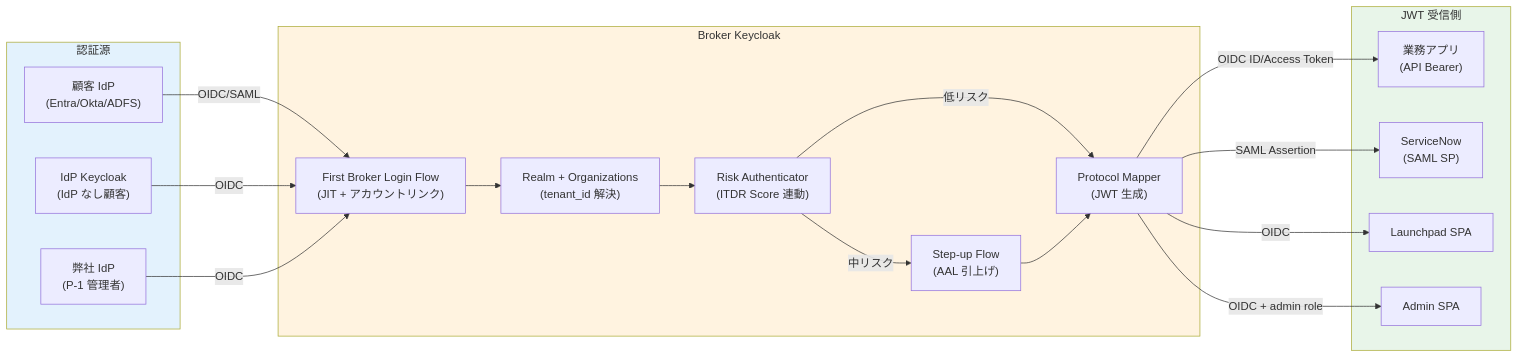
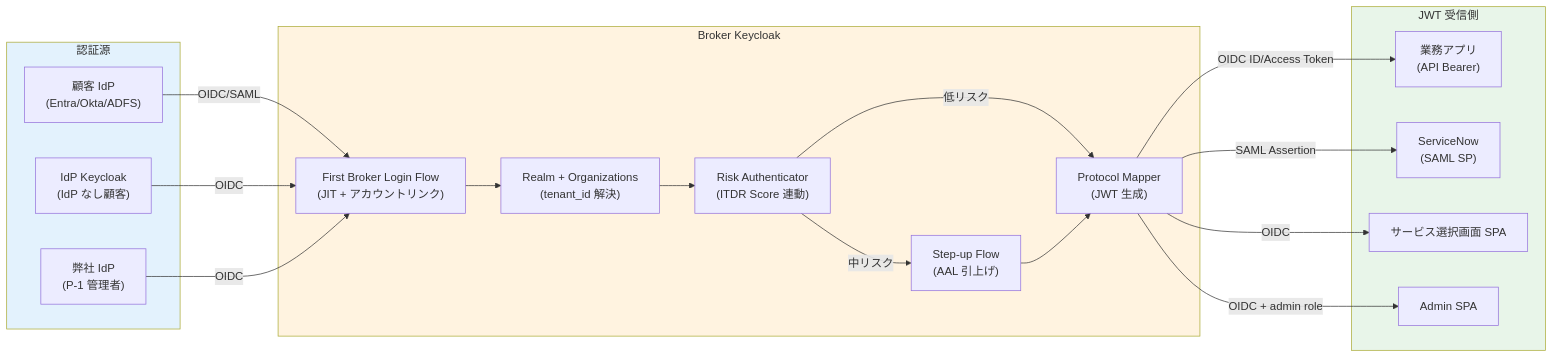
The eighth of 11 diagrams in doc/requirements/proposal/common/07-implementation-architecture.md (suepie/aws-atuh-poc), drawn with Mermaid before and after one commit. The commit also changed other lines of this file and 53 other files, not shown here.

````diff
--- a/doc/requirements/proposal/common/07-implementation-architecture.md
+++ b/doc/requirements/proposal/common/07-implementation-architecture.md
@@ -1613,40 +1611,40 @@
 ```mermaid
 flowchart LR
     subgraph Sources["認証源"]
         ExtIdP["顧客 IdP<br/>(Entra/Okta/ADFS)"]
         IdPKC["IdP Keycloak<br/>(IdP なし顧客)"]
         SocialIdP["弊社 IdP<br/>(P-1 管理者)"]
     end
 
     subgraph Broker["Broker Keycloak"]
         FBL["First Broker Login Flow<br/>(JIT + アカウントリンク)"]
         Realm["Realm + Organizations<br/>(tenant_id 解決)"]
         Mapper["Protocol Mapper<br/>(JWT 生成)"]
         StepUp["Step-up Flow<br/>(AAL 引上げ)"]
         Risk["Risk Authenticator<br/>(ITDR Score 連動)"]
     end
 
     subgraph Outputs["JWT 受信側"]
         App["業務アプリ<br/>(API Bearer)"]
         SN["ServiceNow<br/>(SAML SP)"]
-        LP["Launchpad SPA"]
+        LP["サービス選択画面 SPA"]
         Admin["Admin SPA"]
     end
 
     ExtIdP -->|OIDC/SAML| FBL
     IdPKC -->|OIDC| FBL
     SocialIdP -->|OIDC| FBL
     FBL --> Realm
     Realm --> Risk
     Risk -->|低リスク| Mapper
     Risk -->|中リスク| StepUp
     StepUp --> Mapper
     Mapper -->|OIDC ID/Access Token| App
     Mapper -->|SAML Assertion| SN
     Mapper -->|OIDC| LP
     Mapper -->|OIDC + admin role| Admin
 
     style Sources fill:#e3f2fd
     style Broker fill:#fff3e0
     style Outputs fill:#e8f5e9
 ```
````
